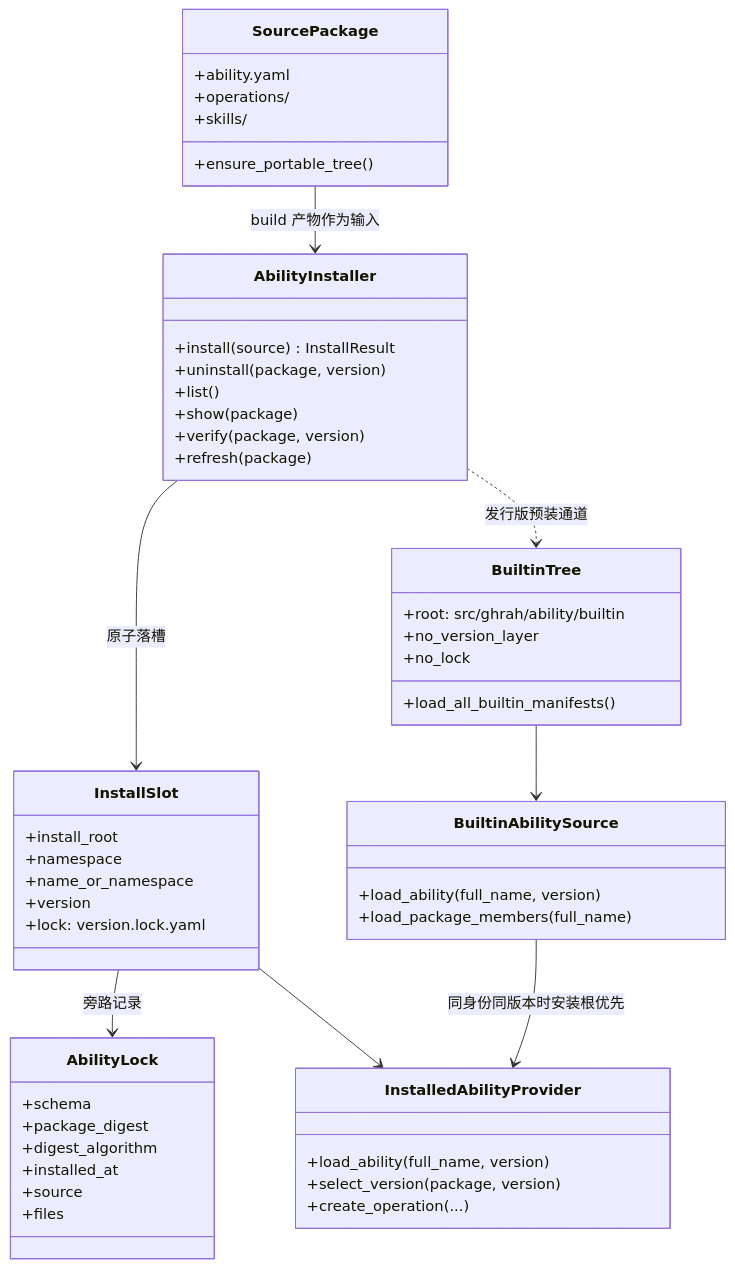
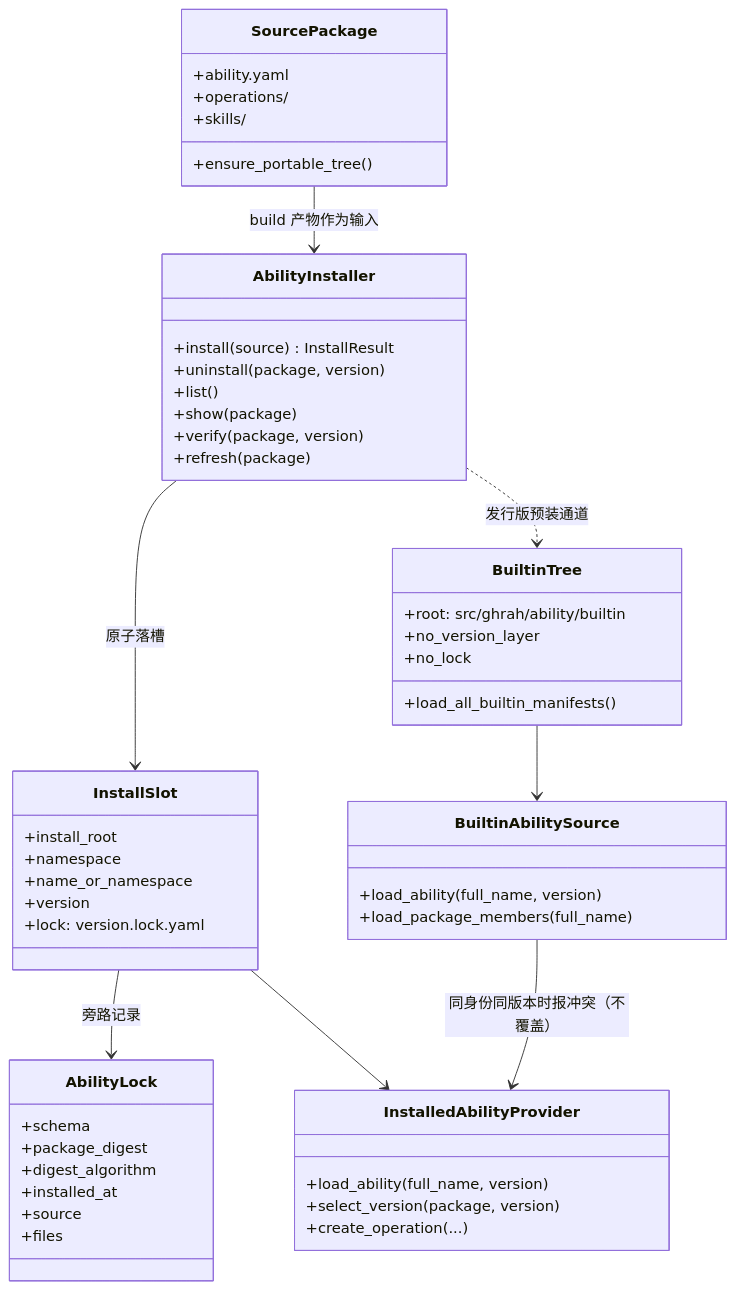
Before and after one commit to ghrah-org/ghrah-monorepo: the diagram in docs/ghrah-12-ability-package-layout.md, drawn with Mermaid. The commit also changed other lines of this file and 15 other files, not shown here.

````diff
--- a/docs/ghrah-12-ability-package-layout.md
+++ b/docs/ghrah-12-ability-package-layout.md
@@ -304,55 +346,55 @@
 ```mermaid
 classDiagram
     class SourcePackage {
         +ability.yaml
         +operations/
         +skills/
         +ensure_portable_tree()
     }
     class BuiltinTree {
         +root: src/ghrah/ability/builtin
         +load_all_builtin_manifests()
         +no_version_layer
         +no_lock
     }
     class InstallSlot {
         +install_root
         +namespace
         +name_or_namespace
         +version
         +lock: version.lock.yaml
     }
     class AbilityInstaller {
         +install(source) InstallResult
         +uninstall(package, version)
         +list()
         +show(package)
         +verify(package, version)
         +refresh(package)
     }
     class AbilityLock {
         +schema
         +package_digest
         +digest_algorithm
         +installed_at
         +source
         +files
     }
     class InstalledAbilityProvider {
         +load_ability(full_name, version)
         +select_version(package, version)
         +create_operation(...)
     }
     class BuiltinAbilitySource {
         +load_ability(full_name, version)
         +load_package_members(full_name)
     }
 
     SourcePackage --> AbilityInstaller : build 产物作为输入
     AbilityInstaller --> InstallSlot : 原子落槽
     InstallSlot --> AbilityLock : 旁路记录
     AbilityInstaller ..> BuiltinTree : 发行版预装通道
     BuiltinTree --> BuiltinAbilitySource
     InstallSlot --> InstalledAbilityProvider
-    BuiltinAbilitySource --> InstalledAbilityProvider : 同身份同版本时安装根优先
+    BuiltinAbilitySource --> InstalledAbilityProvider : 同身份同版本时报冲突（不覆盖）
 ```
````
